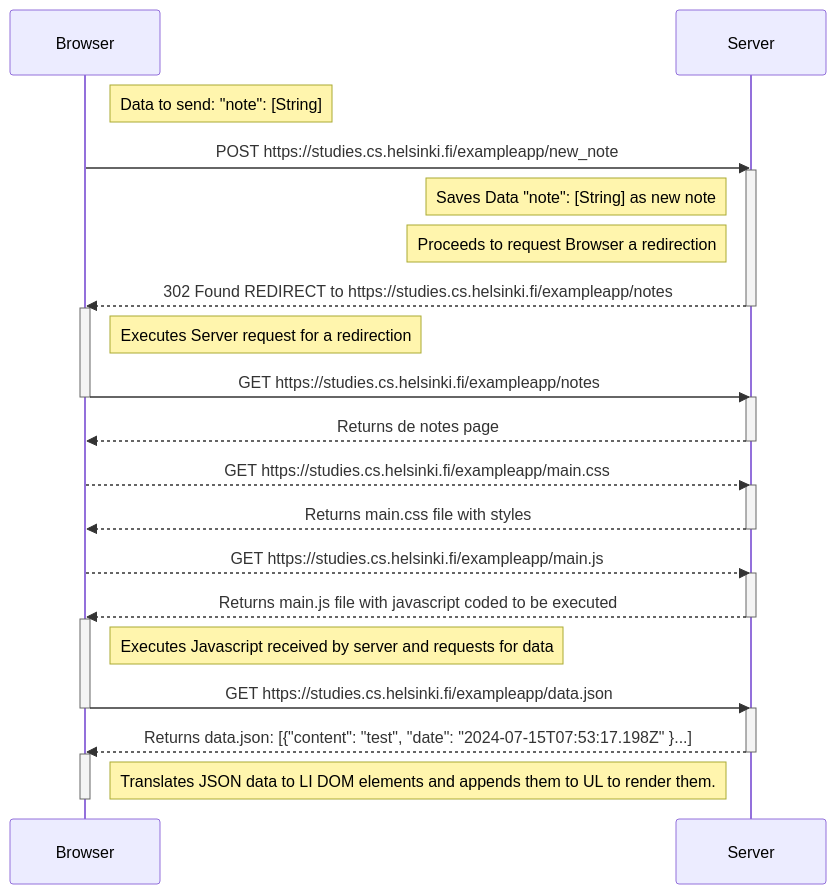
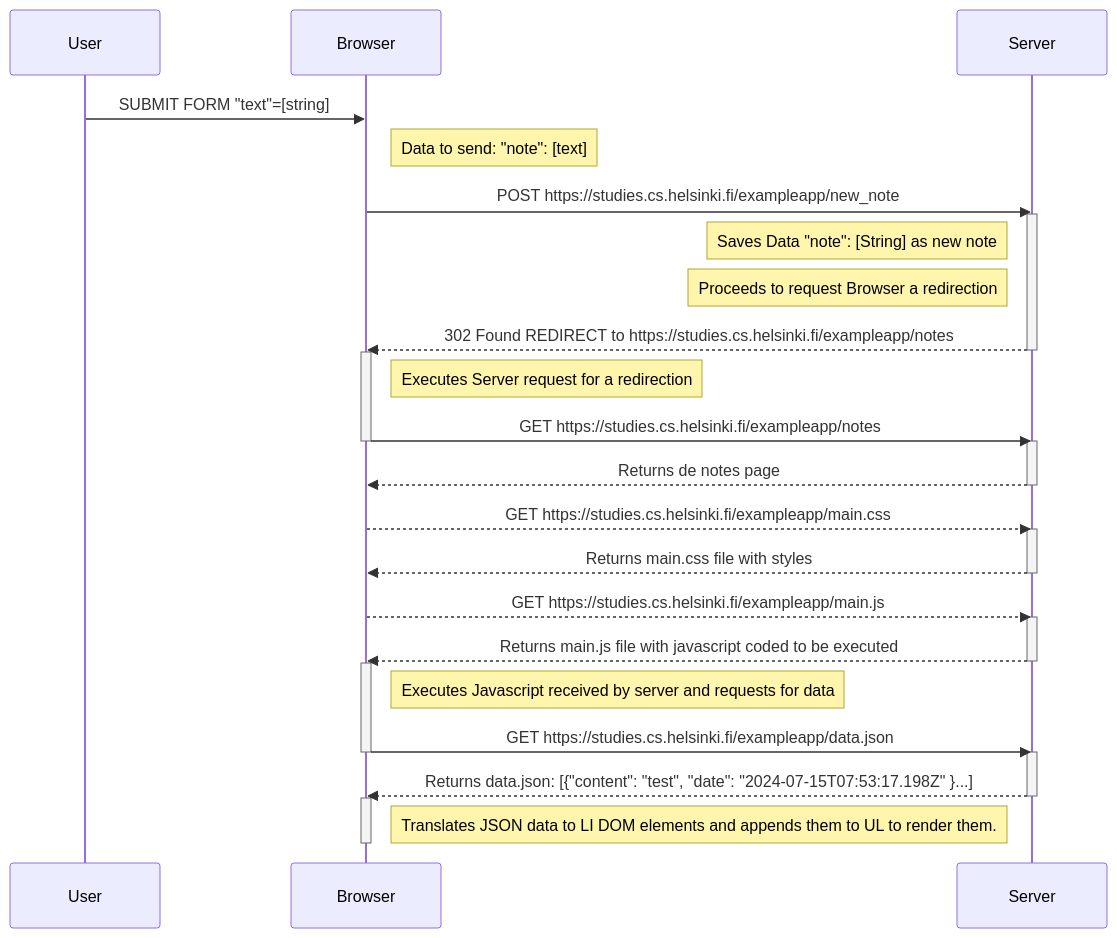
The diagram in 0.4/readme.md (ivanuria/fullstack-part-0), drawn with Mermaid before and after one commit.

Commit message:
Added User step

````diff
--- a/0.4/readme.md
+++ b/0.4/readme.md
@@ -4,51 +4,54 @@
 ```mermaid
 sequenceDiagram
+    participant User
     participant Browser
     participant Server
 
-    Note right of Browser: Data to send: "note": [String]
+    User->>Browser: SUBMIT FORM "text"=[string]
+
+    Note right of Browser: Data to send: "note": [text]
 
     Browser->>Server: POST https://studies.cs.helsinki.fi/exampleapp/new_note
   
     
     activate Server
     Note left of Server: Saves Data "note": [String] as new note
     Note left of Server: Proceeds to request Browser a redirection 
     Server-->>Browser: 302 Found REDIRECT to https://studies.cs.helsinki.fi/exampleapp/notes
     deactivate Server
 
     activate Browser       
     Note right of Browser: Executes Server request for a redirection    
     Browser->>Server: GET https://studies.cs.helsinki.fi/exampleapp/notes
     deactivate Browser
 
     activate Server
     Server-->>Browser: Returns de notes page
     deactivate Server
 
     Browser-->>Server: GET https://studies.cs.helsinki.fi/exampleapp/main.css
 
     activate Server
     Server-->>Browser: Returns main.css file with styles
     deactivate Server
 
     Browser-->>Server: GET https://studies.cs.helsinki.fi/exampleapp/main.js
 
     activate Server
     Server-->>Browser: Returns main.js file with javascript coded to be executed
     deactivate Server
 
     activate Browser       
     Note right of Browser: Executes Javascript received by server and requests for data    
     Browser->>Server: GET https://studies.cs.helsinki.fi/exampleapp/data.json
     deactivate Browser
 
     activate Server
     Server-->>Browser: Returns data.json: [{"content": "test", "date": "2024-07-15T07:53:17.198Z" }...]
     deactivate Server
 
     activate Browser       
     Note right of Browser: Translates JSON data to LI DOM elements and appends them to UL to render them.
     deactivate Browser
 
 ```
````
